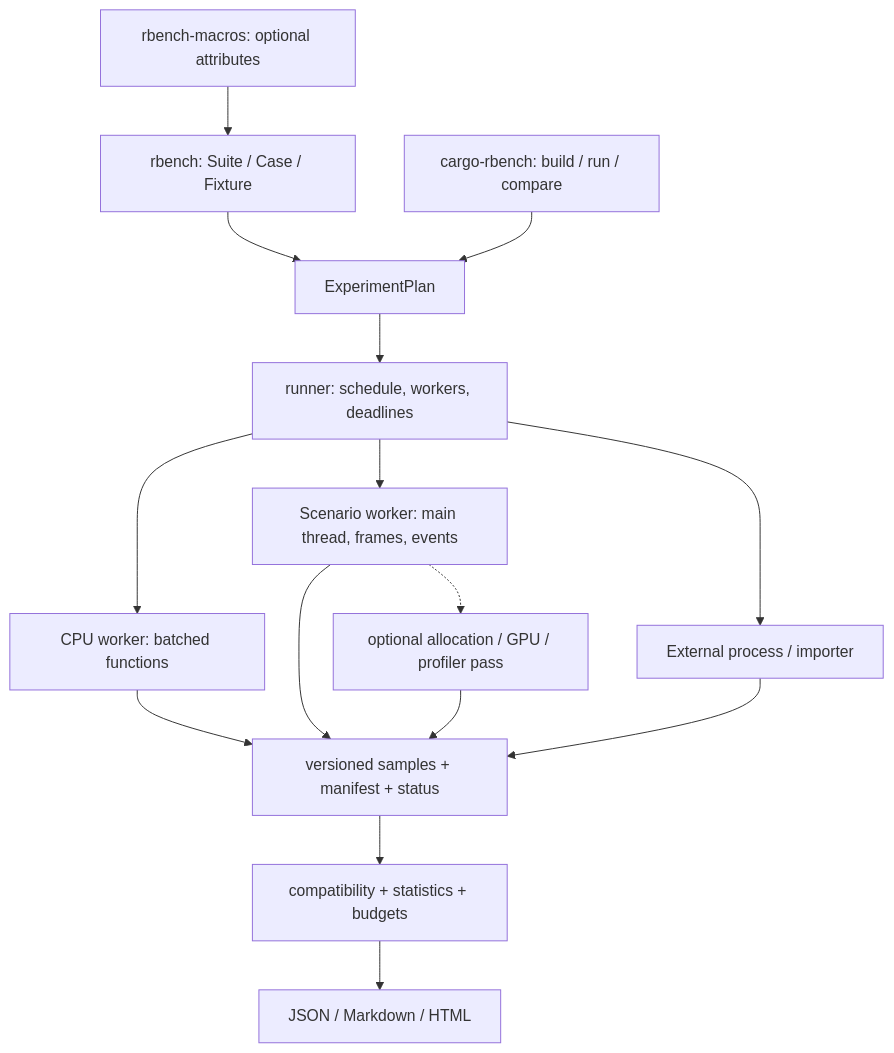
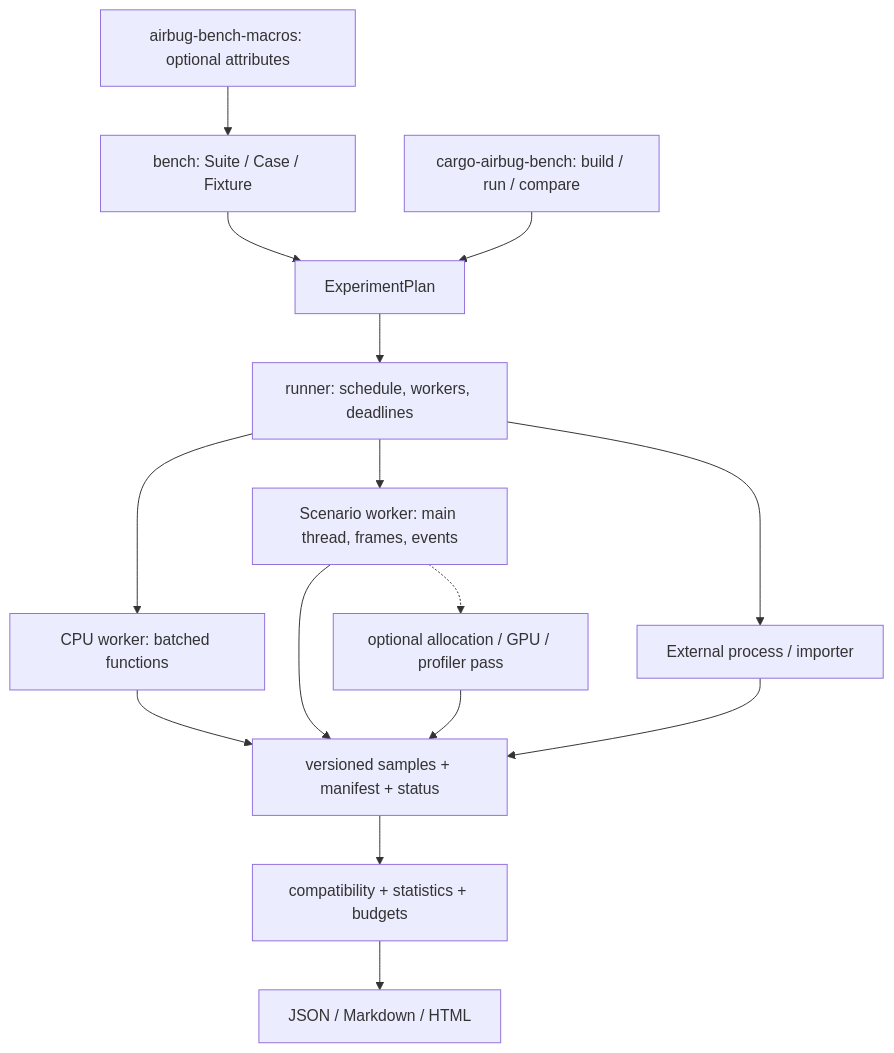
One commit to themoretheless/airbug changed the diagram in bench/docs/ARCHITECTURE.md. Above: the diagram before and after it, drawn with Mermaid. The commit also changed other lines of this file and 221 other files, not shown here.

````diff
--- a/bench/docs/ARCHITECTURE.md
+++ b/bench/docs/ARCHITECTURE.md
@@ -7,17 +7,17 @@
 ```mermaid
 flowchart TD
-    API["rbench: Suite / Case / Fixture"] --> PLAN["ExperimentPlan"]
-    MACRO["rbench-macros: optional attributes"] --> API
-    CLI["cargo-rbench: build / run / compare"] --> PLAN
+    API["bench: Suite / Case / Fixture"] --> PLAN["ExperimentPlan"]
+    MACRO["airbug-bench-macros: optional attributes"] --> API
+    CLI["cargo-airbug-bench: build / run / compare"] --> PLAN
     PLAN --> RUN["runner: schedule, workers, deadlines"]
     RUN --> CPU["CPU worker: batched functions"]
     RUN --> APP["Scenario worker: main thread, frames, events"]
     RUN --> EXT["External process / importer"]
     CPU --> DATA["versioned samples + manifest + status"]
     APP --> DATA
     EXT --> DATA
     DATA --> ANALYZE["compatibility + statistics + budgets"]
     ANALYZE --> REPORT["JSON / Markdown / HTML"]
     APP -.-> DIAG["optional allocation / GPU / profiler pass"]
     DIAG --> DATA
 ```
````
